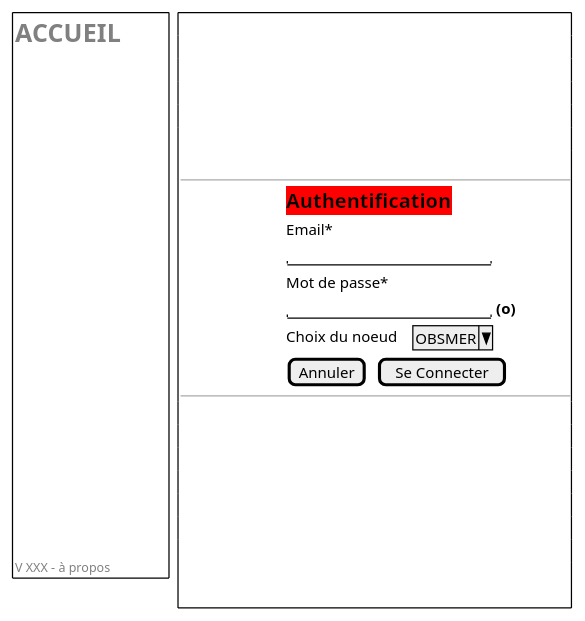
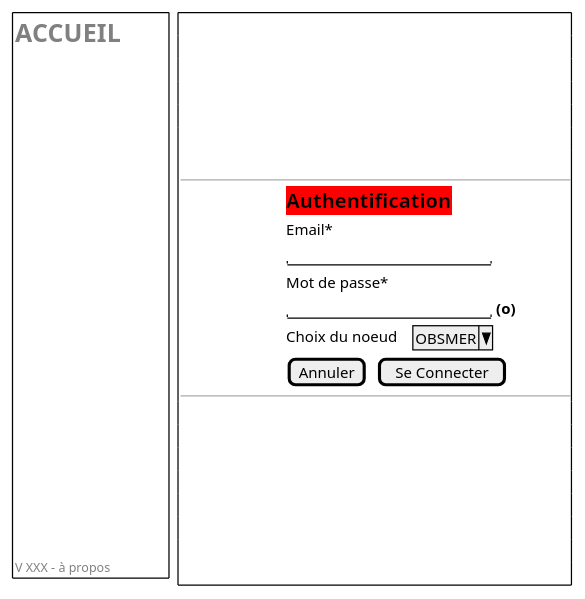
Before and after one commit to sumaris-net/sumaris-doc: the diagram in projects/obsmer/spe/images/main-login-connect-out-first.puml, drawn with PlantUML. The commit also changed 9 other files, not shown here.

```diff
--- a/projects/obsmer/spe/images/main-login-connect-out-first.puml
+++ b/projects/obsmer/spe/images/main-login-connect-out-first.puml
@@ -1,65 +1,64 @@
 @startsalt
 {
   {+
    {
        <b><font color=grey size=20>ACCUEIL    | . | . | . | . | . | . | .
        .
        .
        .
        .
        .
        .
        .
        .
        .
        .
        .
        .
        .
        .
        .
        .
        .
        .
        .
        .
        .
        .
    }
 
    {
       <font color=grey size=10>V XXX - à propos
    }
   } | . | {+
     .
     .
     .
     .
     .
     .
     .
     { ---------------
         { | . | . | . | . | . | . | . | . | . | . | . | . | . | . | . | . |  <back:red><font color=black><size:16><b>Authentification  | . | . | . | . | . | . | . | . |}
     { | . | . | . | . | . | . | . | . | . | . | . | . | . | . | . | . |  Email*  }
     { | . | . | . | . | . | . | . | . | . | . | . | . | . | . | . | . |  "                    "  | . | . | . | . | . | . | . | . |}
     { | . | . | . | . | . | . | . | . | . | . | . | . | . | . | . | . |  Mot de passe*  }
     { | . | . | . | . | . | . | . | . | . | . | . | . | . | . | . | . |  "                    "  | <b>(o) | . | . | . | . | . | . | . | . |}
     { | . | . | . | . | . | . | . | . | . | . | . | . | . | . | . | . |  Choix du noeud | . | . | ^OBSMER^| . | . | . | . | . | . | . | . |}
     { | . | . | . | . | . | . | . | . | . | . | . | . | . | . | . | . |   [Annuler]  | .| [Se Connecter] | . | . | . | . | . | . | . | . |}
     ---------------
     }
     .
     .
     .
     .
     .
     .
     .
     .
-    .
     }
  }
   -- | -- | --
 
 }
 @endsalt
```
